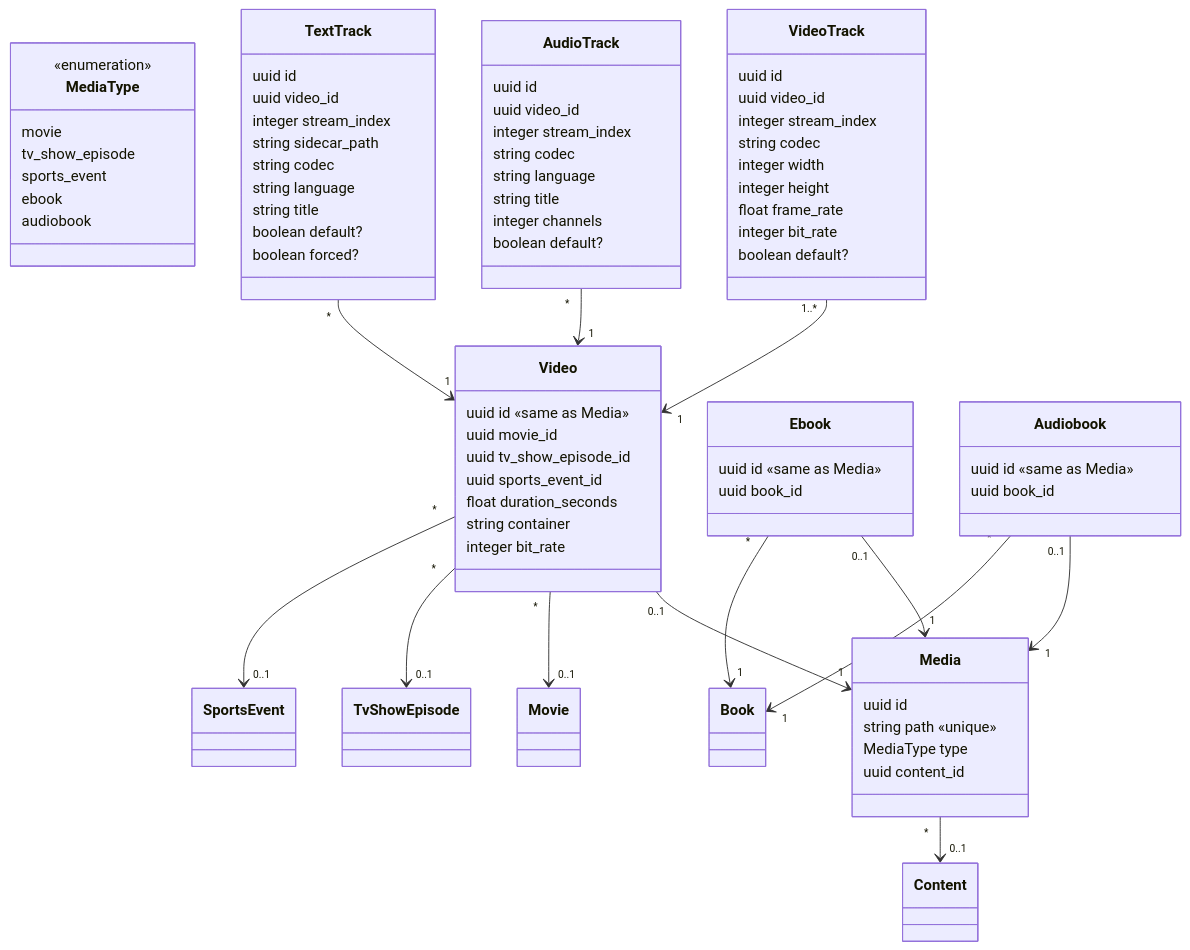
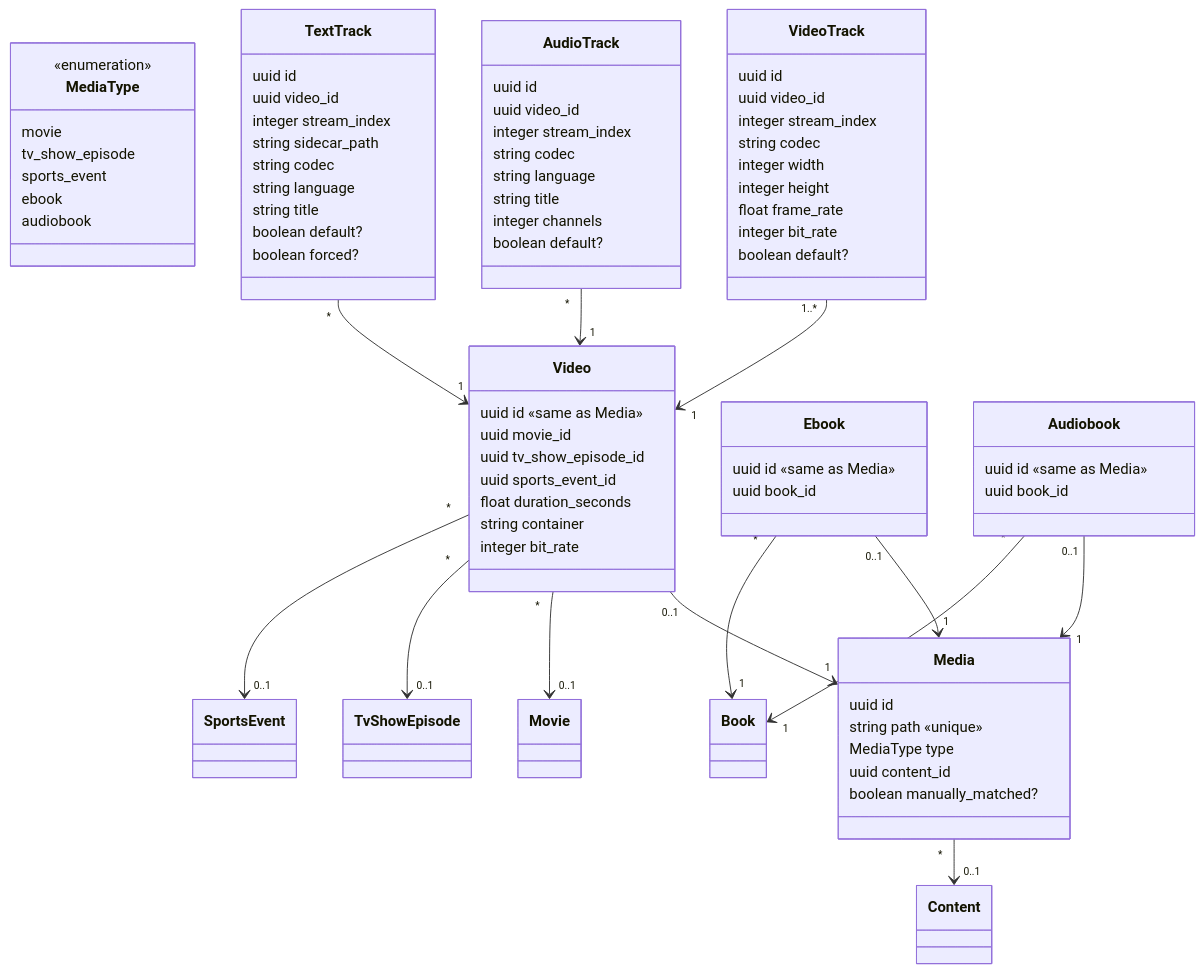
The fourth of 12 diagrams in docs/data-model.md (nat-e/watch_club), drawn with Mermaid before and after one commit. The commit also changed other lines of this file and 44 other files, not shown here.

```diff
--- a/docs/data-model.md
+++ b/docs/data-model.md
@@ -224,6 +224,7 @@
     string path «unique»
     MediaType type
     uuid content_id
+    boolean manually_matched?
   }
   class MediaType {
     <<enumeration>>
```
